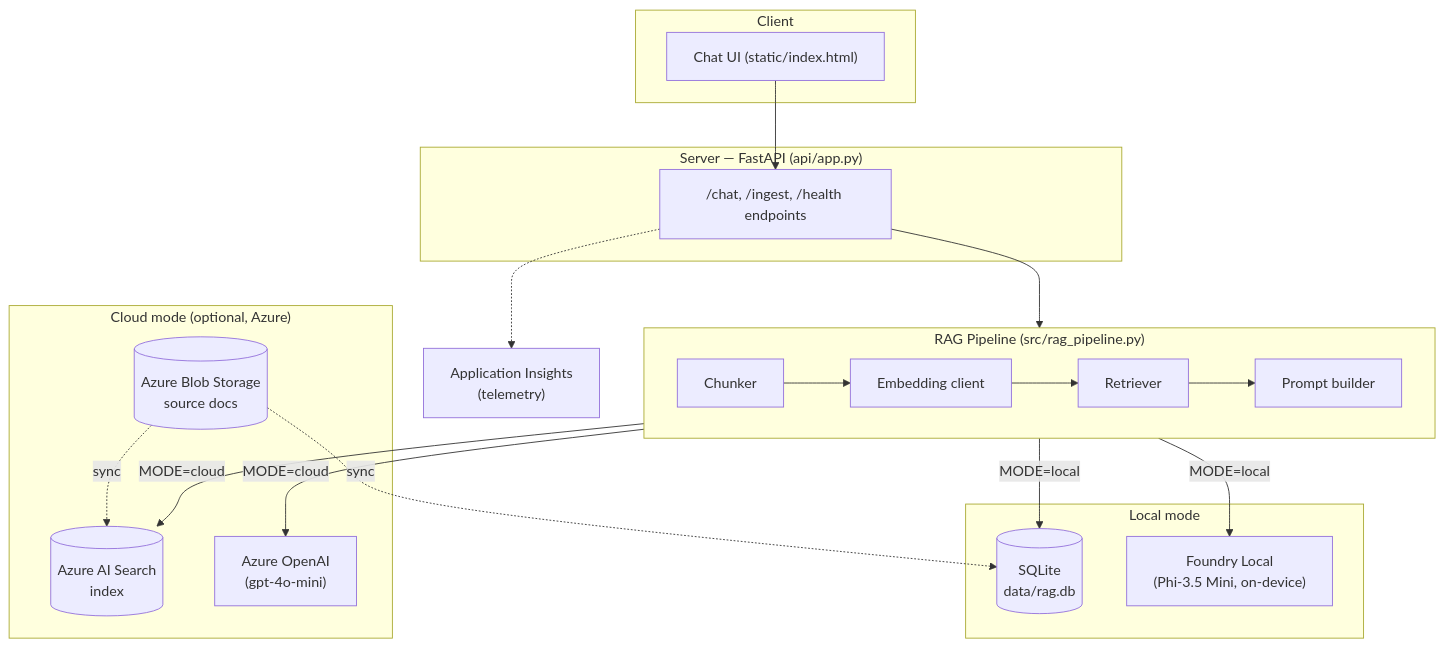
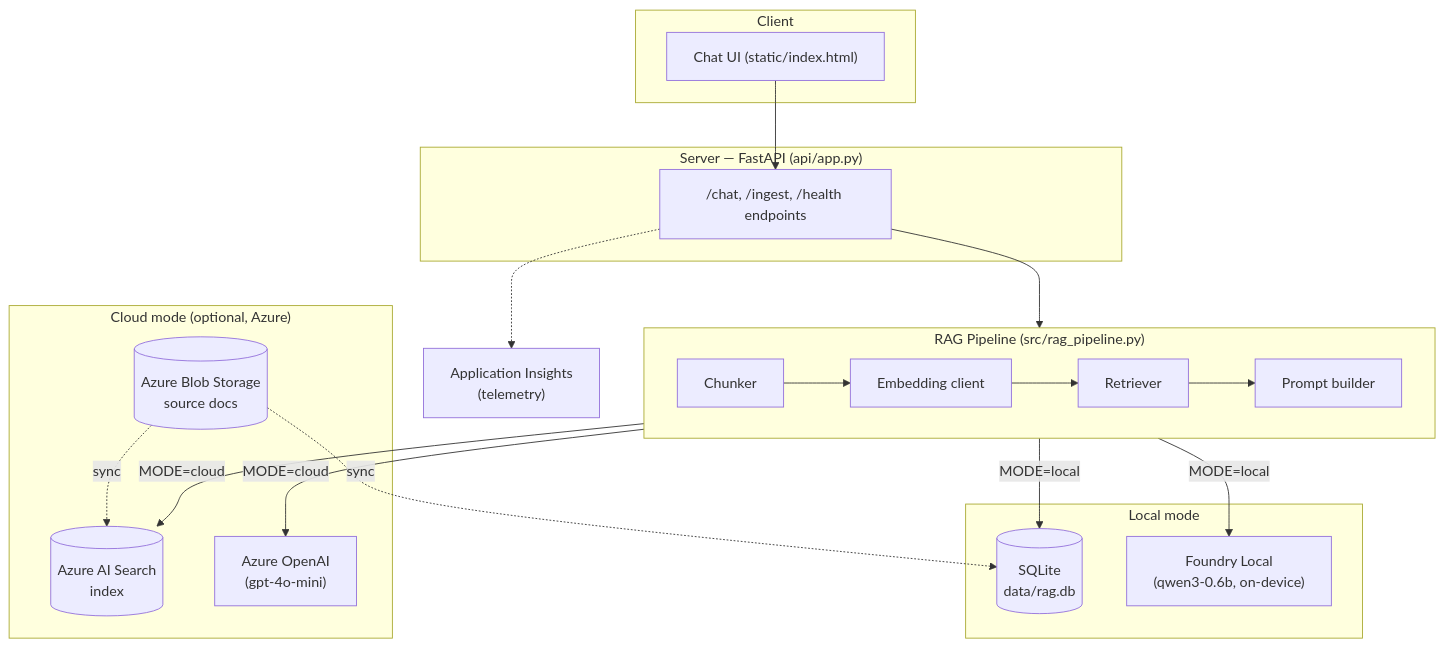
The diagram in README.md (MEK-0/Local-Rag-Foundry-assistant), drawn with Mermaid before and after one commit. The commit also changed other lines of this file, not shown here.

First line of the commit message:
docs(readme): upgrade model documentation from Phi-3 to Qwen-3

````diff
--- a/README.md
+++ b/README.md
@@ -25,40 +22,40 @@
 ```mermaid
 flowchart TB
     subgraph Client["Client"]
         UI["Chat UI (static/index.html)"]
     end
 
     subgraph Server["Server — FastAPI (api/app.py)"]
         API["/chat, /ingest, /health endpoints"]
     end
 
     subgraph Pipeline["RAG Pipeline (src/rag_pipeline.py)"]
         CH["Chunker"]
         EMB["Embedding client"]
         RET["Retriever"]
         PR["Prompt builder"]
     end
 
     subgraph Local["Local mode"]
         SQL[("SQLite\ndata/rag.db")]
-        FL["Foundry Local\n(Phi-3.5 Mini, on-device)"]
+        FL["Foundry Local\n(qwen3-0.6b, on-device)"]
     end
 
     subgraph Cloud["Cloud mode (optional, Azure)"]
         AIS[("Azure AI Search\nindex")]
         BLOB[("Azure Blob Storage\nsource docs")]
         AOAI["Azure OpenAI\n(gpt-4o-mini)"]
     end
 
     TEL["Application Insights\n(telemetry)"]
 
     UI --> API --> Pipeline
     CH --> EMB --> RET --> PR
     Pipeline -->|MODE=local| SQL
     Pipeline -->|MODE=local| FL
     Pipeline -->|MODE=cloud| AIS
     Pipeline -->|MODE=cloud| AOAI
     BLOB -.sync.-> SQL
     BLOB -.sync.-> AIS
     API -.-> TEL
 ```
````
